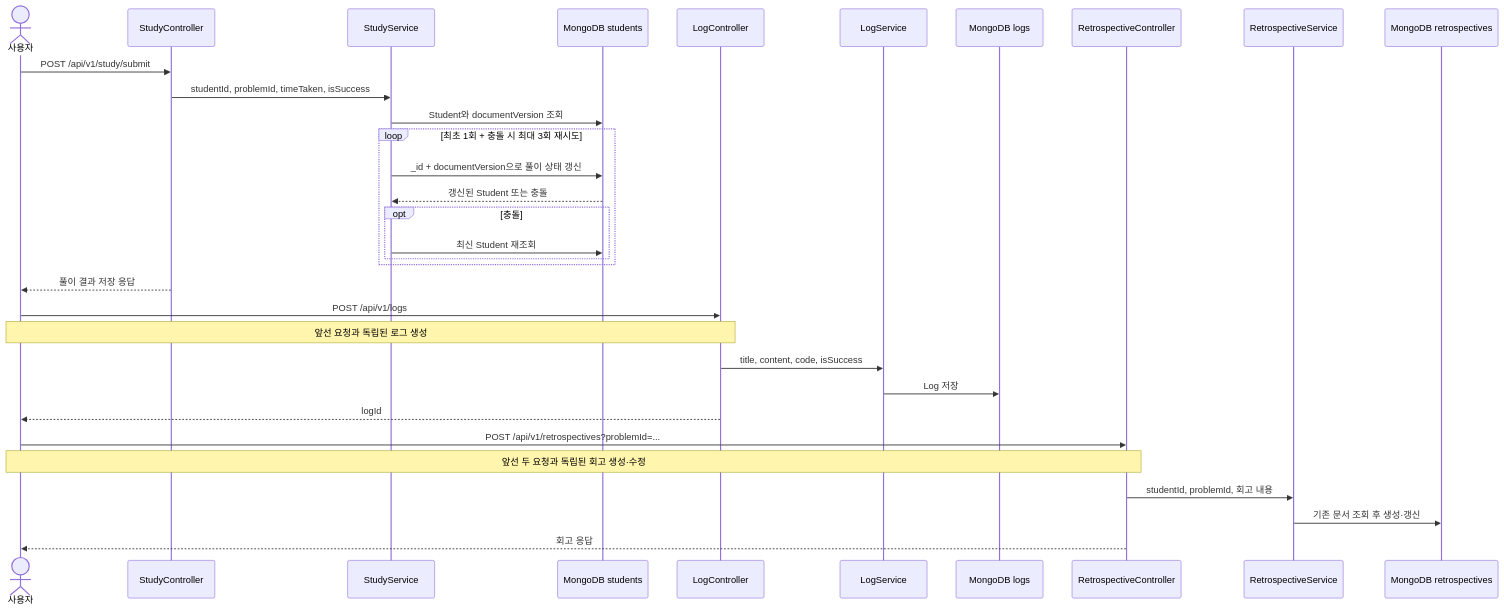
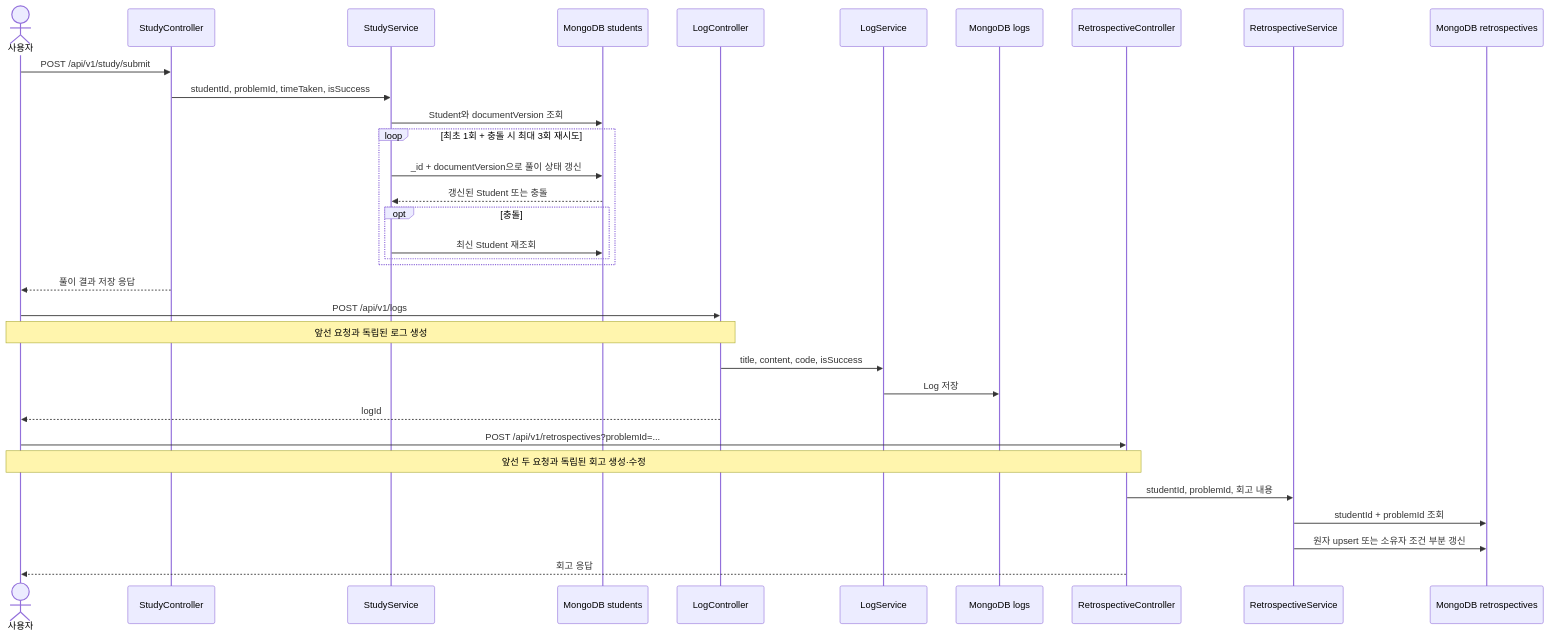
The diagram in DOCS/portfolio/STUDY_RECORD_FLOW.md (didim-log/didim-log-BE), drawn with Mermaid before and after one commit. The commit also changed other lines of this file and 15 other files, not shown here.

````diff
--- a/DOCS/portfolio/STUDY_RECORD_FLOW.md
+++ b/DOCS/portfolio/STUDY_RECORD_FLOW.md
@@ -23,37 +23,38 @@
 ```mermaid
 sequenceDiagram
     actor User as 사용자
     participant Study as StudyController
     participant StudySvc as StudyService
     participant Students as MongoDB students
     participant LogCtrl as LogController
     participant LogSvc as LogService
     participant Logs as MongoDB logs
     participant RetroCtrl as RetrospectiveController
     participant RetroSvc as RetrospectiveService
     participant Retrospectives as MongoDB retrospectives
 
     User->>Study: POST /api/v1/study/submit
     Study->>StudySvc: studentId, problemId, timeTaken, isSuccess
     StudySvc->>Students: Student와 documentVersion 조회
     loop 최초 1회 + 충돌 시 최대 3회 재시도
         StudySvc->>Students: _id + documentVersion으로 풀이 상태 갱신
         Students-->>StudySvc: 갱신된 Student 또는 충돌
         opt 충돌
             StudySvc->>Students: 최신 Student 재조회
         end
     end
     Study-->>User: 풀이 결과 저장 응답
 
     User->>LogCtrl: POST /api/v1/logs
     Note over User,LogCtrl: 앞선 요청과 독립된 로그 생성
     LogCtrl->>LogSvc: title, content, code, isSuccess
     LogSvc->>Logs: Log 저장
     LogCtrl-->>User: logId
 
     User->>RetroCtrl: POST /api/v1/retrospectives?problemId=...
     Note over User,RetroCtrl: 앞선 두 요청과 독립된 회고 생성·수정
     RetroCtrl->>RetroSvc: studentId, problemId, 회고 내용
-    RetroSvc->>Retrospectives: 기존 문서 조회 후 생성·갱신
+    RetroSvc->>Retrospectives: studentId + problemId 조회
+    RetroSvc->>Retrospectives: 원자 upsert 또는 소유자 조건 부분 갱신
     RetroCtrl-->>User: 회고 응답
 ```
````
